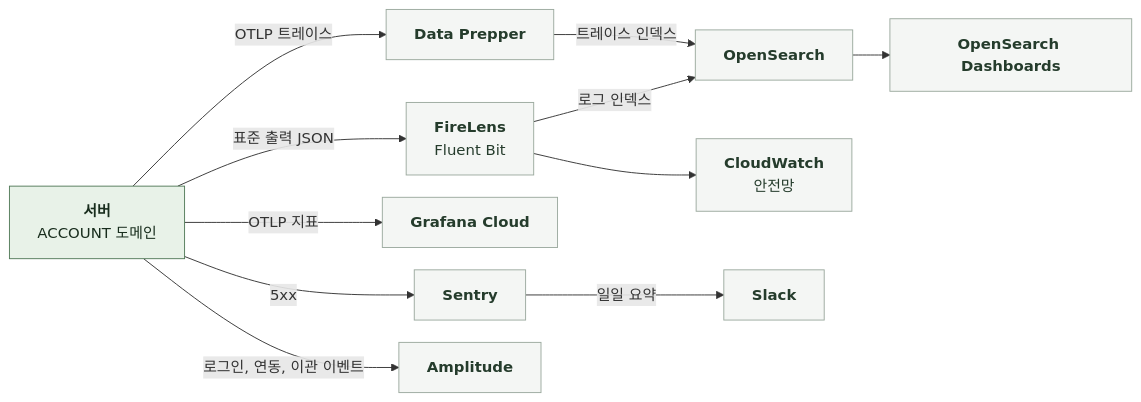
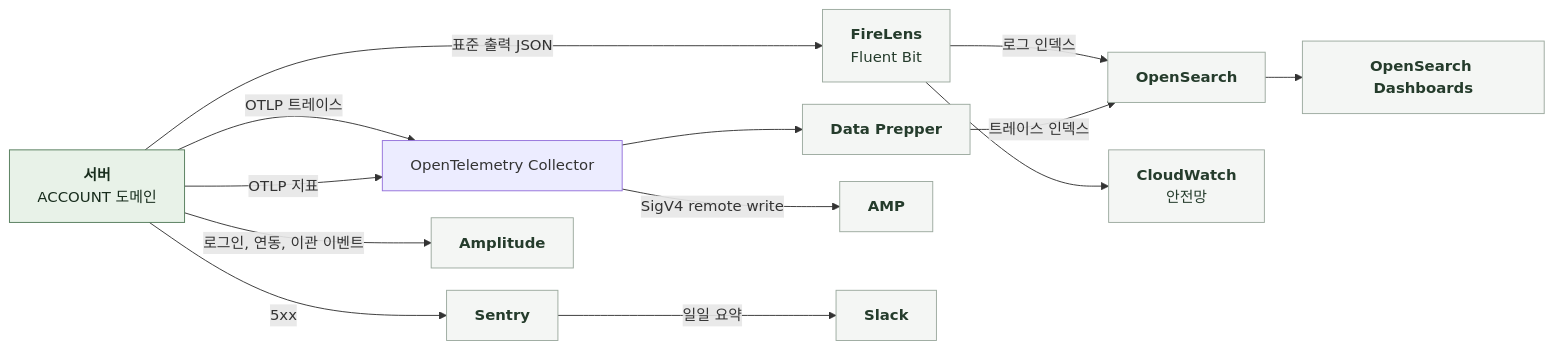
The diagram in docs/domain/ACCOUNT/BACKEND/5-4-OBSERVABILITY.md (KIM-N-KANG/knk-harness), drawn with Mermaid before and after one commit. The commit also changed other lines of this file and 342 other files, not shown here.

````diff
--- a/docs/domain/ACCOUNT/BACKEND/5-4-OBSERVABILITY.md
+++ b/docs/domain/ACCOUNT/BACKEND/5-4-OBSERVABILITY.md
@@ -11,22 +11,24 @@
 ```mermaid
 %%{init: {"flowchart": {"curve": "basis", "nodeSpacing": 24, "rankSpacing": 40}}}%%
 flowchart LR
     S["`**서버**
 ACCOUNT 도메인`"]
     S -->|표준 출력 JSON| F["`**FireLens**
 Fluent Bit`"]
     F -->|로그 인덱스| OS["`**OpenSearch**`"]
     F --> CW["`**CloudWatch**
 안전망`"]
-    S -->|OTLP 트레이스| DP["`**Data Prepper**`"]
+    S -->|OTLP 트레이스| C["OpenTelemetry Collector"]
+    C --> DP["`**Data Prepper**`"]
     DP -->|트레이스 인덱스| OS
     OS --> OD["`**OpenSearch Dashboards**`"]
-    S -->|OTLP 지표| G["`**Grafana Cloud**`"]
+    S -->|OTLP 지표| C
+    C -->|SigV4 remote write| G["`**AMP**`"]
     S -->|5xx| SE["`**Sentry**`"]
     SE -->|일일 요약| SL["`**Slack**`"]
     S -->|로그인, 연동, 이관 이벤트| AM["`**Amplitude**`"]
     classDef comp fill:#E8F2E8,stroke:#527A59,color:#182D1D
     classDef ext fill:#F4F6F4,stroke:#9BA99E,color:#253C2C
     class S comp
     class F,OS,CW,DP,OD,G,SE,SL,AM ext
 ```
````
